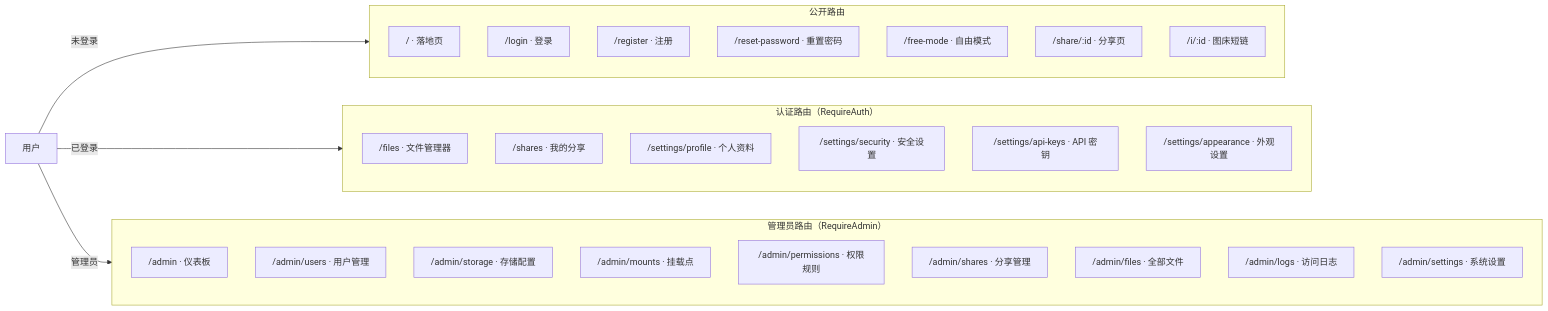
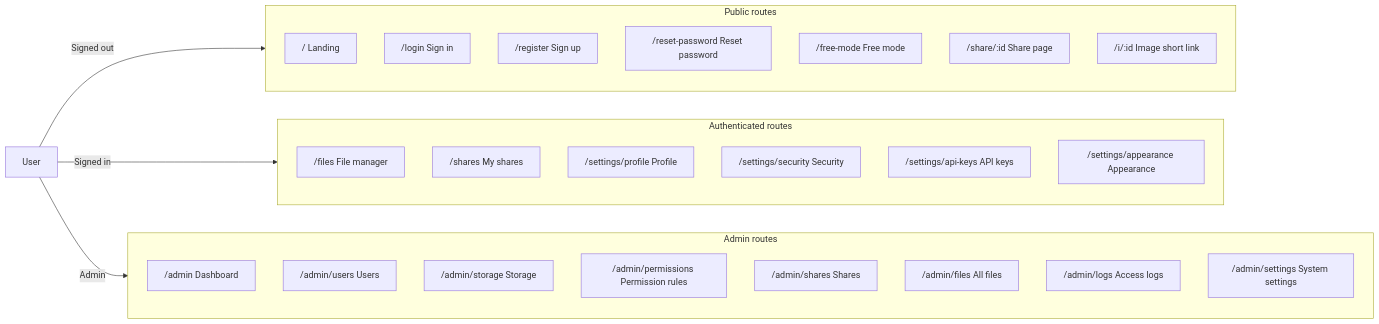
The diagram in docs/UI.md (CelPlume/Picumet), drawn with Mermaid before and after one commit. The commit also changed other lines of this file and 14 other files, not shown here.

````diff
--- a/docs/UI.md
+++ b/docs/UI.md
@@ -7,40 +46,39 @@
 ```mermaid
 flowchart LR
-    USER["用户"] -->|未登录| public_
-    USER -->|已登录| auth_
-    USER -->|管理员| admin_
+    USER["User"] -->|Signed out| PUBLIC
+    USER -->|Signed in| AUTH
+    USER -->|Admin| ADMIN
 
-    subgraph public_["公开路由"]
+    subgraph PUBLIC["Public routes"]
         direction TB
-        R1["/ · 落地页"]
-        R2["/login · 登录"]
-        R3["/register · 注册"]
-        R4["/reset-password · 重置密码"]
-        R5["/free-mode · 自由模式"]
-        R6["/share/:id · 分享页"]
-        R7["/i/:id · 图床短链"]
+        R1["/ Landing"]
+        R2["/login Sign in"]
+        R3["/register Sign up"]
+        R4["/reset-password Reset password"]
+        R5["/free-mode Free mode"]
+        R6["/share/:id Share page"]
+        R7["/i/:id Image short link"]
     end
 
-    subgraph auth_["认证路由（RequireAuth）"]
+    subgraph AUTH["Authenticated routes"]
         direction TB
-        R8["/files · 文件管理器"]
-        R9["/shares · 我的分享"]
-        R10["/settings/profile · 个人资料"]
-        R11["/settings/security · 安全设置"]
-        R12["/settings/api-keys · API 密钥"]
-        R13["/settings/appearance · 外观设置"]
+        R8["/files File manager"]
+        R9["/shares My shares"]
+        R10["/settings/profile Profile"]
+        R11["/settings/security Security"]
+        R12["/settings/api-keys API keys"]
+        R13["/settings/appearance Appearance"]
     end
 
-    subgraph admin_["管理员路由（RequireAdmin）"]
+    subgraph ADMIN["Admin routes"]
         direction TB
-        R14["/admin · 仪表板"]
-        R15["/admin/users · 用户管理"]
-        R16["/admin/storage · 存储配置"]
-        R17["/admin/mounts · 挂载点"]
-        R18["/admin/permissions · 权限规则"]
-        R19["/admin/shares · 分享管理"]
-        R20["/admin/files · 全部文件"]
-        R21["/admin/logs · 访问日志"]
-        R22["/admin/settings · 系统设置"]
+        R14["/admin Dashboard"]
+        R15["/admin/users Users"]
+        R16["/admin/storage Storage"]
+        R17["/admin/permissions Permission rules"]
+        R18["/admin/shares Shares"]
+        R19["/admin/files All files"]
+        R20["/admin/logs Access logs"]
+        R21["/admin/settings System settings"]
     end
 ```
````
